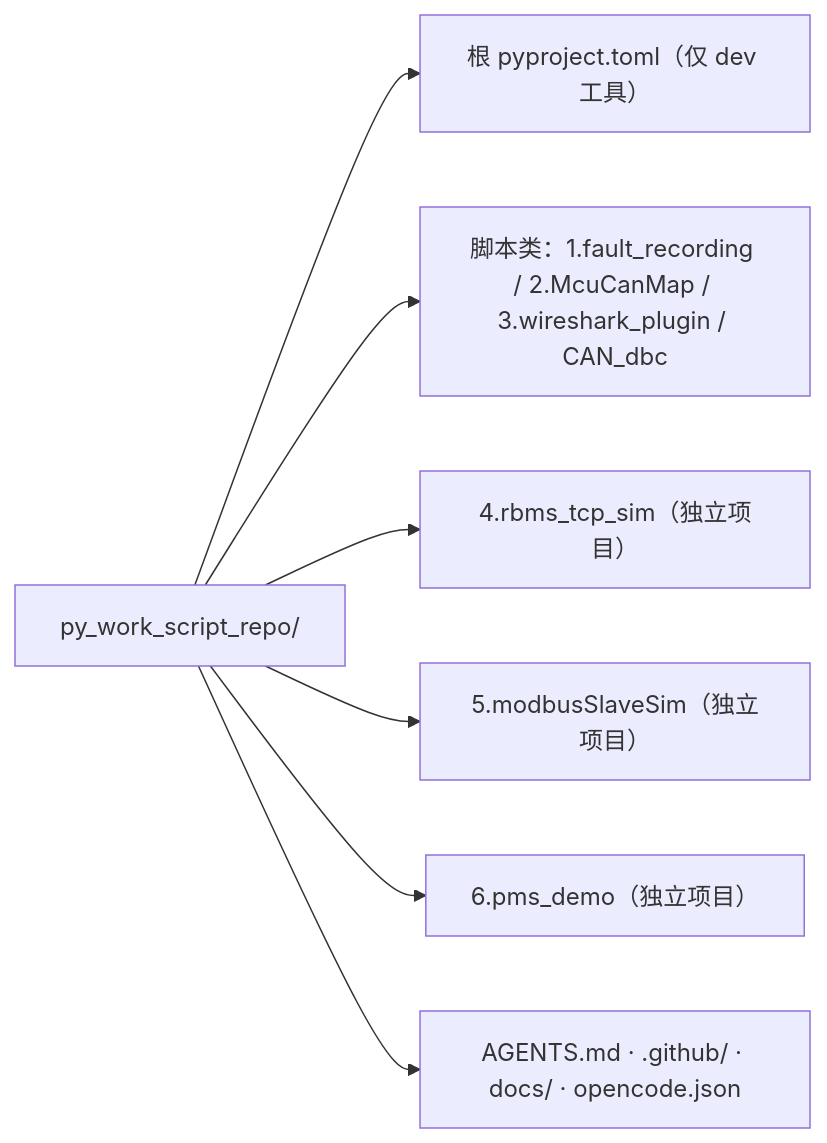
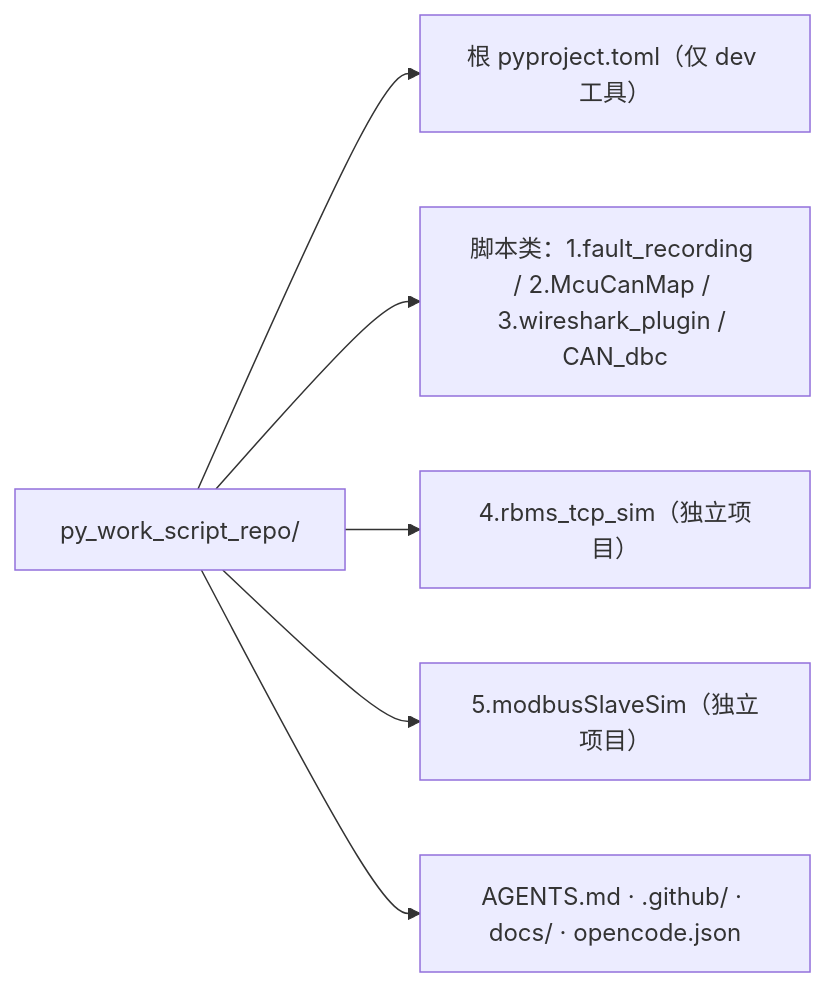
One commit to ffsxsy/py_work_script_repo changed the diagram in docs/monorepo-subproject-standards.md. Above: the diagram before and after it, drawn with Mermaid. The commit also changed other lines of this file and 265 other files, not shown here.

First line of the commit message:
Remove 6.pms_demo subproject from monorepo.

````diff
--- a/docs/monorepo-subproject-standards.md
+++ b/docs/monorepo-subproject-standards.md
@@ -27,9 +27,8 @@
 ```mermaid
 flowchart LR
     root["py_work_script_repo/"] --> base["根 pyproject.toml（仅 dev 工具）"]
     root --> scripts["脚本类：1.fault_recording / 2.McuCanMap / 3.wireshark_plugin / CAN_dbc"]
     root --> proj4["4.rbms_tcp_sim（独立项目）"]
     root --> proj5["5.modbusSlaveSim（独立项目）"]
-    root --> proj6["6.pms_demo（独立项目）"]
     root --> dev["AGENTS.md · .github/ · docs/ · opencode.json"]
 ```
````
